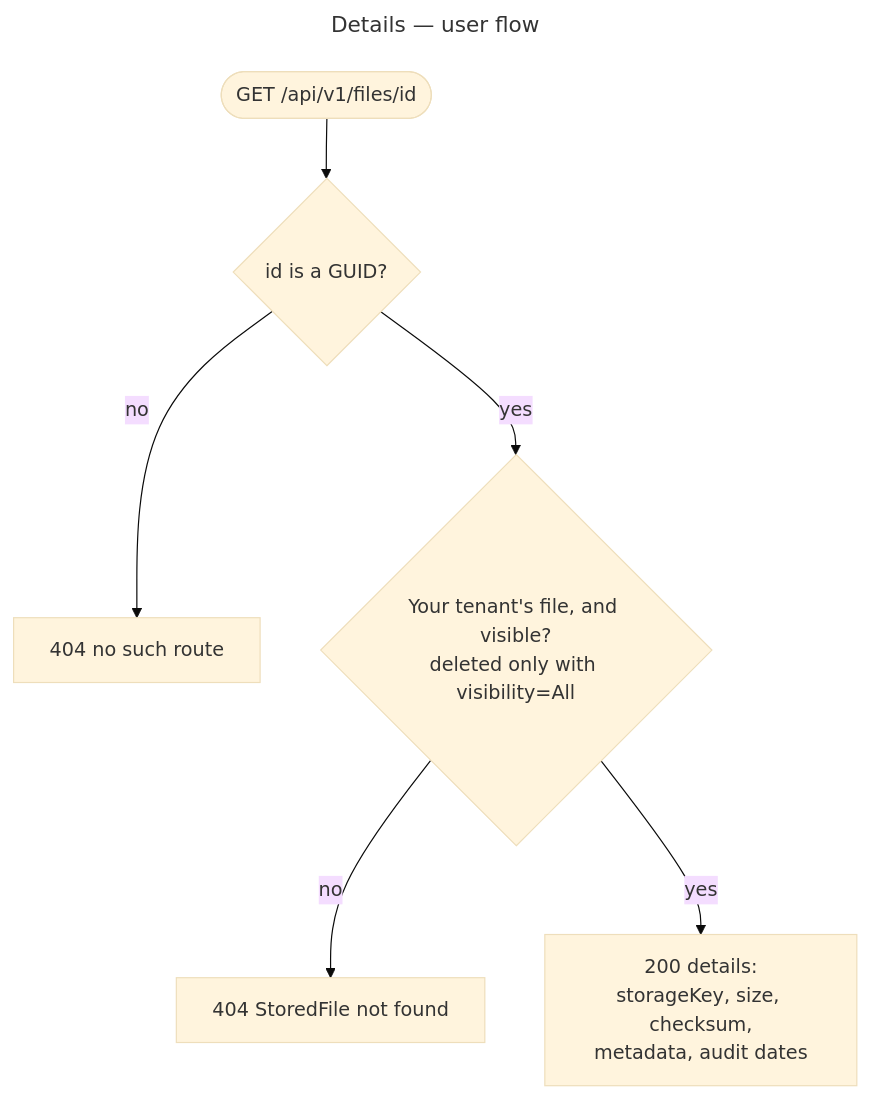
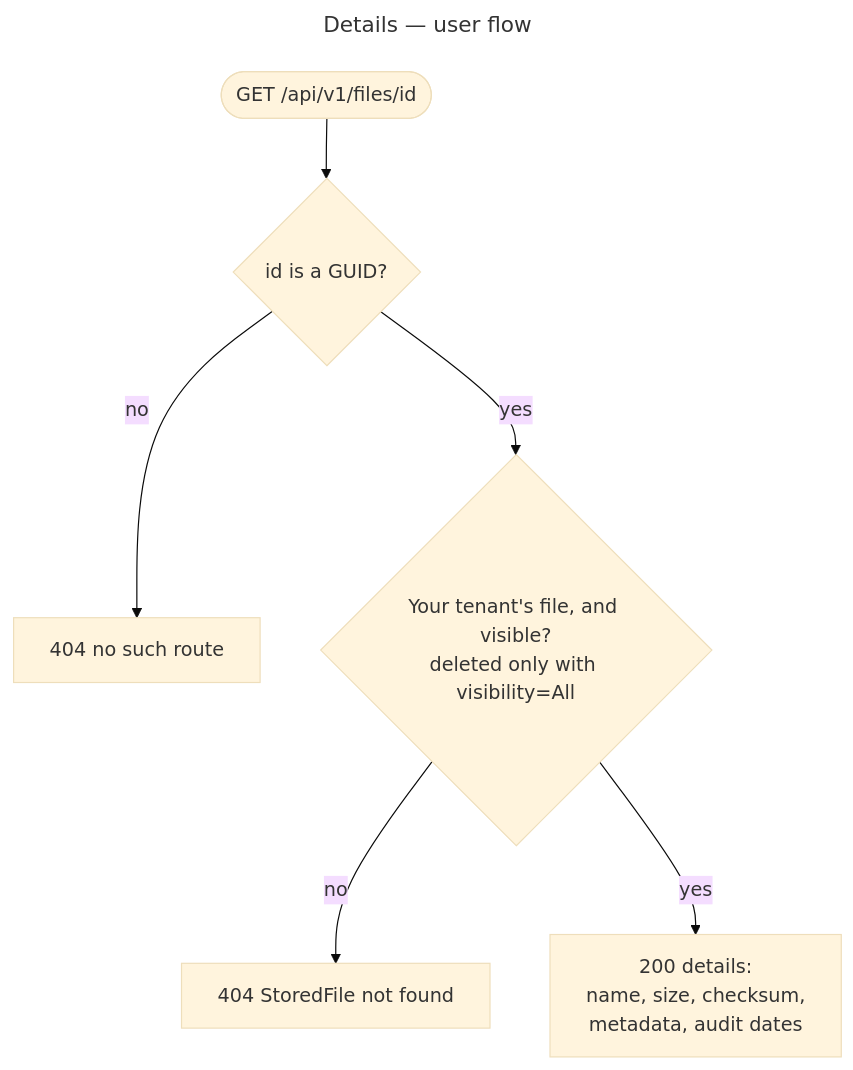
Before and after one commit to gmetskhvarishvili/GM.FileStorage.Samples: the seventh of 12 diagrams in docs/user-flows.md, drawn with Mermaid (base theme). The commit also changed other lines of this file and 30 other files, not shown here.

````diff
--- a/docs/user-flows.md
+++ b/docs/user-flows.md
@@ -177,11 +177,11 @@
 ```mermaid
 ---
 title: Details — user flow
 ---
 flowchart TD
     start([GET /api/v1/files/id]) --> guid{id is a GUID?}
     guid -- no --> n404[404 no such route]
     guid -- yes --> exists{Your tenant's file, and visible?<br/>deleted only with visibility=All}
     exists -- no --> f404[404 StoredFile not found]
-    exists -- yes --> ok[200 details:<br/>storageKey, size, checksum,<br/>metadata, audit dates]
+    exists -- yes --> ok[200 details:<br/>name, size, checksum,<br/>metadata, audit dates]
 ```
````
